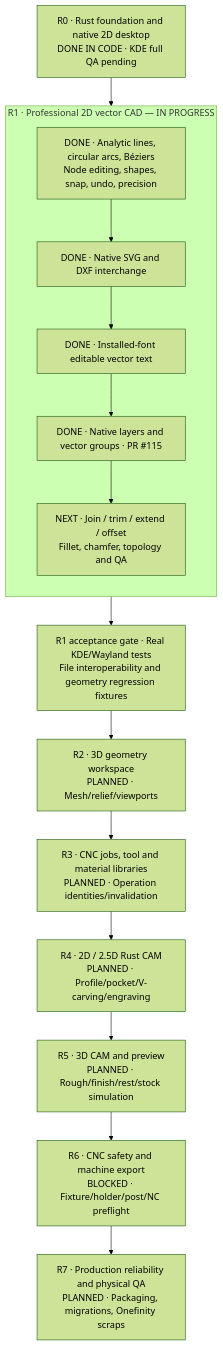
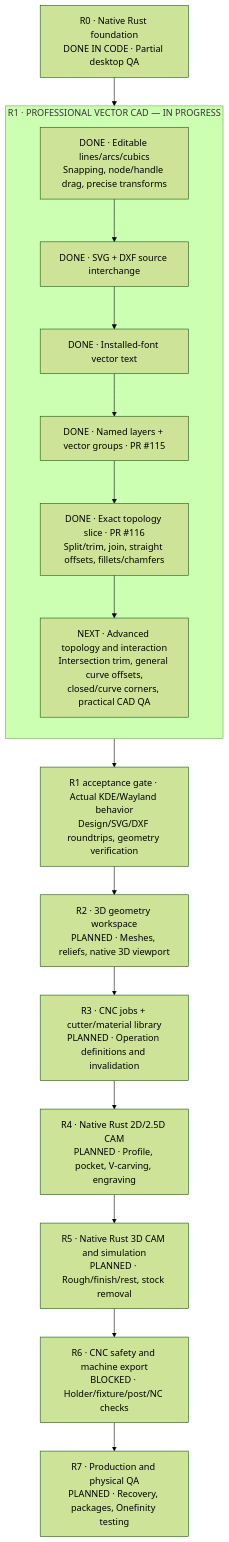
The diagram in docs/ROADMAP_DIAGRAM.md (newnetmp3/CarveFoundry), drawn with Mermaid (forest theme) before and after one commit. The commit also changed other lines of this file, not shown here.

Commit message:
Refresh R0-R7 roadmap diagram after verified exact-topology PR #116

````diff
--- a/docs/ROADMAP_DIAGRAM.md
+++ b/docs/ROADMAP_DIAGRAM.md
@@ -8,22 +10,23 @@
 ```mermaid
 flowchart TD
-    R0["R0 · Rust foundation and native 2D desktop<br/>DONE IN CODE · KDE full QA pending"]
-    subgraph R1["R1 · Professional 2D vector CAD — IN PROGRESS"]
+    R0["R0 · Native Rust foundation<br/>DONE IN CODE · Partial desktop QA"]
+    subgraph R1["R1 · PROFESSIONAL VECTOR CAD — IN PROGRESS"]
         direction TB
-        R1A["DONE · Analytic lines, circular arcs, Béziers<br/>Node editing, shapes, snap, undo, precision"]
-        R1B["DONE · Native SVG and DXF interchange"]
-        R1C["DONE · Installed-font editable vector text"]
-        R1D["DONE · Native layers and vector groups · PR #115"]
-        R1E["NEXT · Join / trim / extend / offset<br/>Fillet, chamfer, topology and QA"]
-        R1A --> R1B --> R1C --> R1D --> R1E
+        R1A["DONE · Editable lines/arcs/cubics<br/>Snapping, node/handle drag, precise transforms"]
+        R1B["DONE · SVG + DXF source interchange"]
+        R1C["DONE · Installed-font vector text"]
+        R1D["DONE · Named layers + vector groups · PR #115"]
+        R1F["DONE · Exact topology slice · PR #116<br/>Split/trim, join, straight offsets, fillets/chamfers"]
+        R1G["NEXT · Advanced topology and interaction<br/>Intersection trim, general curve offsets,<br/>closed/curve corners, practical CAD QA"]
+        R1A --> R1B --> R1C --> R1D --> R1F --> R1G
     end
-    QA["R1 acceptance gate · Real KDE/Wayland tests<br/>File interoperability and geometry regression fixtures"]
-    R2["R2 · 3D geometry workspace<br/>PLANNED · Mesh/relief/viewports"]
-    R3["R3 · CNC jobs, tool and material libraries<br/>PLANNED · Operation identities/invalidation"]
-    R4["R4 · 2D / 2.5D Rust CAM<br/>PLANNED · Profile/pocket/V-carving/engraving"]
-    R5["R5 · 3D CAM and preview<br/>PLANNED · Rough/finish/rest/stock simulation"]
-    R6["R6 · CNC safety and machine export<br/>BLOCKED · Fixture/holder/post/NC preflight"]
-    R7["R7 · Production reliability and physical QA<br/>PLANNED · Packaging, migrations, Onefinity scraps"]
+    Q["R1 acceptance gate · Actual KDE/Wayland behavior<br/>Design/SVG/DXF roundtrips, geometry verification"]
+    R2["R2 · 3D geometry workspace<br/>PLANNED · Meshes, reliefs, native 3D viewport"]
+    R3["R3 · CNC jobs + cutter/material library<br/>PLANNED · Operation definitions and invalidation"]
+    R4["R4 · Native Rust 2D/2.5D CAM<br/>PLANNED · Profile, pocket, V-carving, engraving"]
+    R5["R5 · Native Rust 3D CAM and simulation<br/>PLANNED · Rough/finish/rest, stock removal"]
+    R6["R6 · CNC safety and machine export<br/>BLOCKED · Holder/fixture/post/NC checks"]
+    R7["R7 · Production and physical QA<br/>PLANNED · Recovery, packages, Onefinity testing"]
     R0 --> R1A
-    R1E --> QA --> R2 --> R3 --> R4 --> R5 --> R6 --> R7
+    R1G --> Q --> R2 --> R3 --> R4 --> R5 --> R6 --> R7
 ```
````
